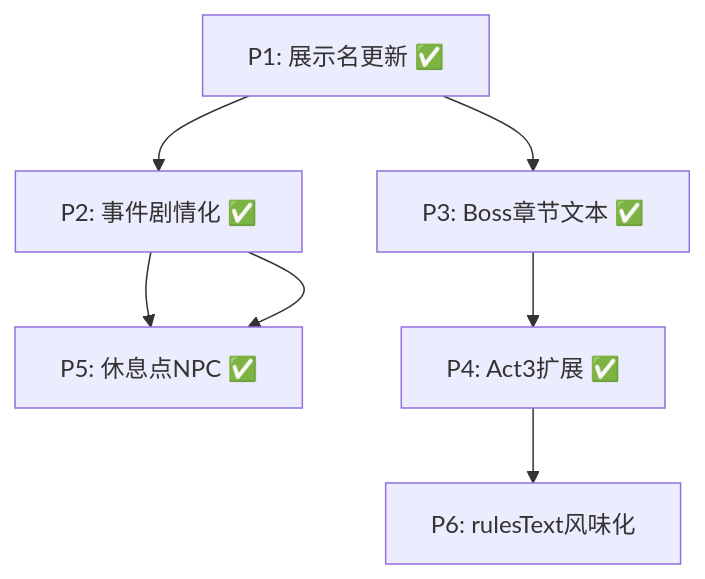
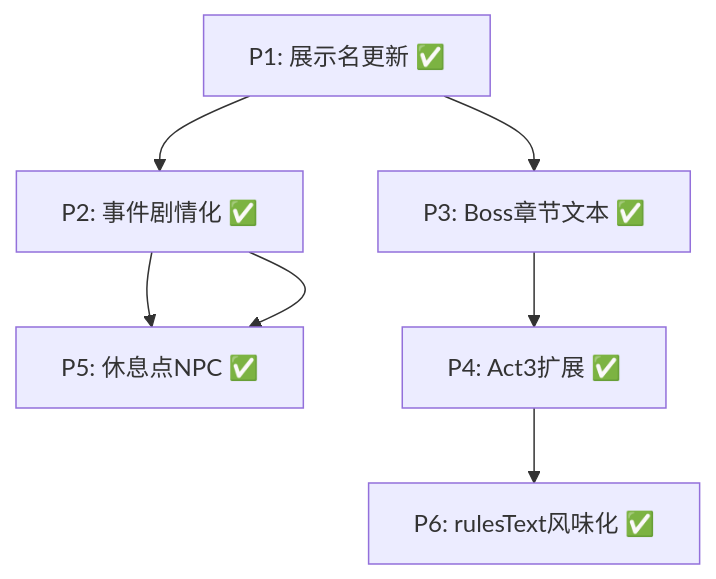
One commit to chiimagnus/salu changed the diagram in .cursor/plans/plan-a-v0.1-detailed.md. Above: the diagram before and after it, drawn with Mermaid. The commit also changed other lines of this file, not shown here.

````diff
--- a/.cursor/plans/plan-a-v0.1-detailed.md
+++ b/.cursor/plans/plan-a-v0.1-detailed.md
@@ -260,9 +268,9 @@
 ```mermaid
 flowchart TD
     P1[P1: 展示名更新 ✅] --> P2[P2: 事件剧情化 ✅]
     P1 --> P3[P3: Boss章节文本 ✅]
     P2 --> P5[P5: 休息点NPC]
     P3 --> P4[P4: Act3扩展 ✅]
-    P4 --> P6[P6: rulesText风味化]
+    P4 --> P6[P6: rulesText风味化 ✅]
     P2 --> P5[P5: 休息点NPC ✅]
 ```
````
